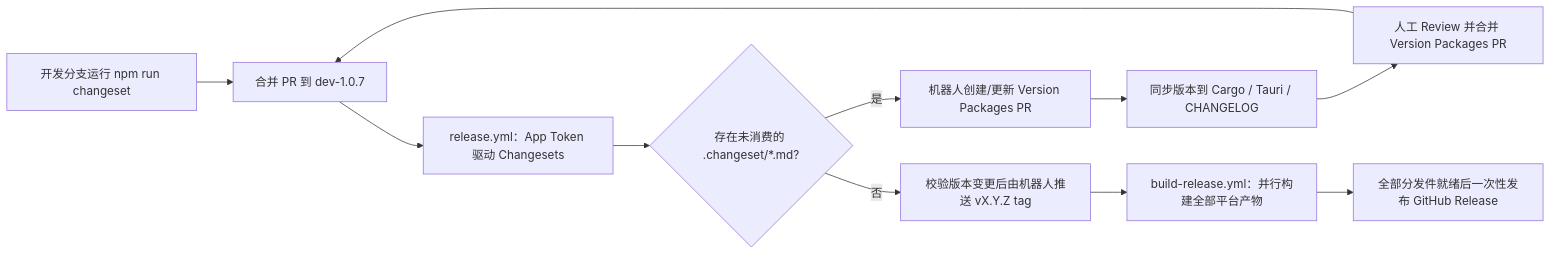
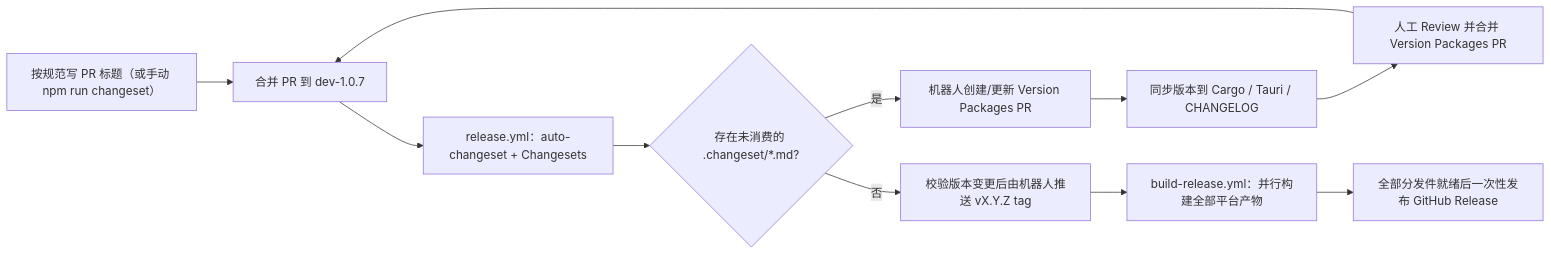
Before and after one commit to pingshazikdjnd/biliup-1.0.7: the diagram in .github/RELEASING.md, drawn with Mermaid. The commit also changed other lines of this file and 1 other file, not shown here.

Commit message:
ci: handle non-ASCII paths and squash PR bodies in auto-changeset

````diff
--- a/.github/RELEASING.md
+++ b/.github/RELEASING.md
@@ -7,13 +7,13 @@
 ```mermaid
 flowchart LR
-  A["开发分支运行 npm run changeset"] --> B["合并 PR 到 dev-1.0.7"]
-  B --> C["release.yml：App Token 驱动 Changesets"]
+  A["按规范写 PR 标题（或手动 npm run changeset）"] --> B["合并 PR 到 dev-1.0.7"]
+  B --> C["release.yml：auto-changeset + Changesets"]
   C --> D{"存在未消费的 .changeset/*.md?"}
   D -- 是 --> E["机器人创建/更新 Version Packages PR"]
   E --> F["同步版本到 Cargo / Tauri / CHANGELOG"]
   F --> G["人工 Review 并合并 Version Packages PR"]
   G --> B
   D -- 否 --> H["校验版本变更后由机器人推送 vX.Y.Z tag"]
   H --> I["build-release.yml：并行构建全部平台产物"]
   I --> J["全部分发件就绪后一次性发布 GitHub Release"]
 ```
````
